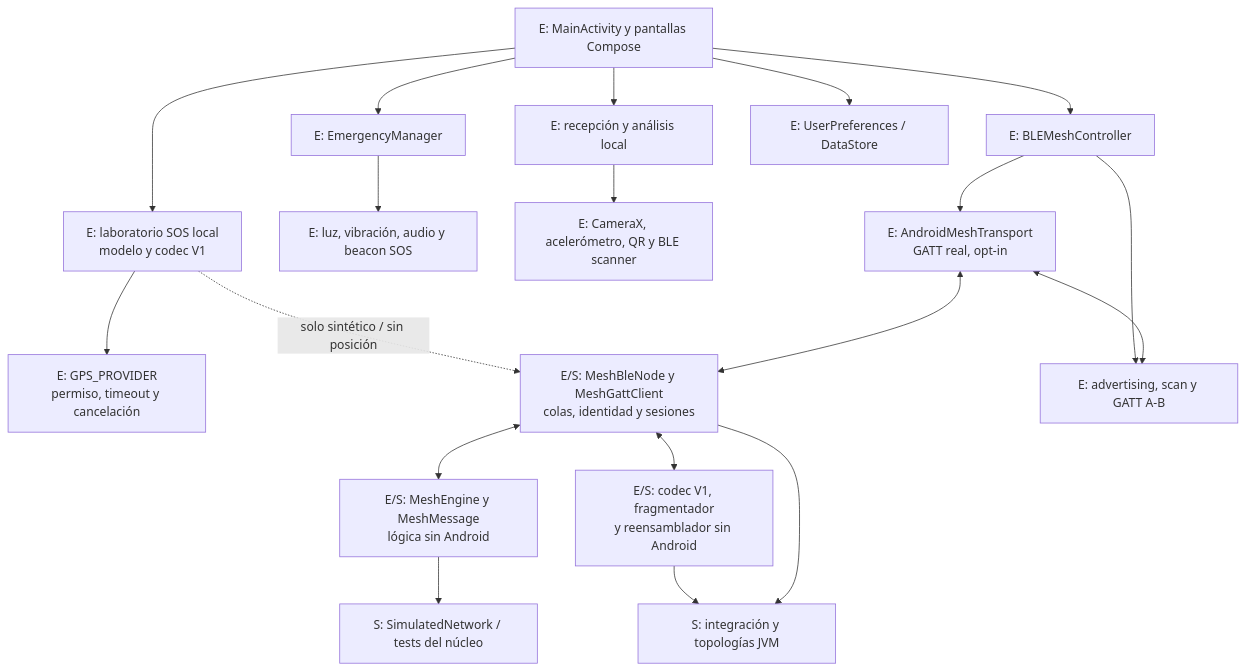
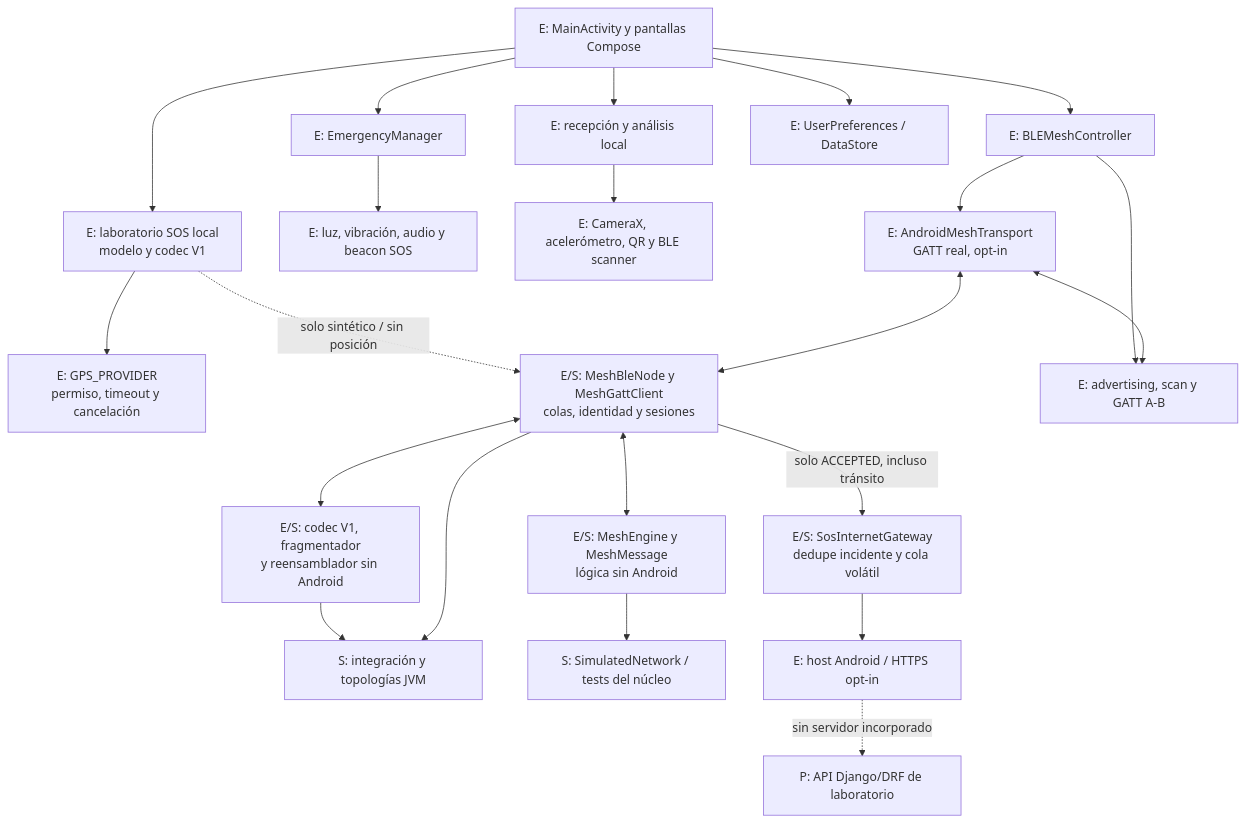
Before and after one commit to NicoButter/beaconchat: the first of 6 diagrams in PSI/Diseño-Arquitectura-BeaconChat.md, drawn with Mermaid. The commit also changed other lines of this file and 19 other files, not shown here.

First line of the commit message:
feat: add SosInternetGatewayDialog for experimental HTTPS gateway configuration

````diff
--- a/PSI/Diseño-Arquitectura-BeaconChat.md
+++ b/PSI/Diseño-Arquitectura-BeaconChat.md
@@ -32,21 +32,24 @@
 ```mermaid
 flowchart TB
     UI["E: MainActivity y pantallas Compose"] --> EM["E: EmergencyManager"]
     UI --> BC["E: BLEMeshController"]
     UI --> RX["E: recepción y análisis local"]
     UI --> PREF["E: UserPreferences / DataStore"]
     UI --> SOSLAB["E: laboratorio SOS local<br/>modelo y codec V1"]
     SOSLAB --> GPS["E: GPS_PROVIDER<br/>permiso, timeout y cancelación"]
     SOSLAB -. "solo sintético / sin posición" .-> POLICY
     EM --> SIG["E: luz, vibración, audio y beacon SOS"]
     RX --> SENSOR["E: CameraX, acelerómetro, QR y BLE scanner"]
     BC --> RADIO["E: advertising, scan y GATT A-B"]
     BC --> ANDROID["E: AndroidMeshTransport<br/>GATT real, opt-in"]
     ANDROID <--> POLICY["E/S: MeshBleNode y MeshGattClient<br/>colas, identidad y sesiones"]
     ANDROID <--> RADIO
     POLICY <--> CORE["E/S: MeshEngine y MeshMessage<br/>lógica sin Android"]
     POLICY <--> WIRE["E/S: codec V1, fragmentador<br/>y reensamblador sin Android"]
     WIRE --> TEST["S: integración y topologías JVM"]
     POLICY --> TEST
     CORE --> OLDTEST["S: SimulatedNetwork / tests del núcleo"]
+    POLICY -->|"solo ACCEPTED, incluso tránsito"| GW["E/S: SosInternetGateway<br/>dedupe incidente y cola volátil"]
+    GW --> HTTP["E: host Android / HTTPS opt-in"]
+    HTTP -. "sin servidor incorporado" .-> API["P: API Django/DRF de laboratorio"]
 ```
````
